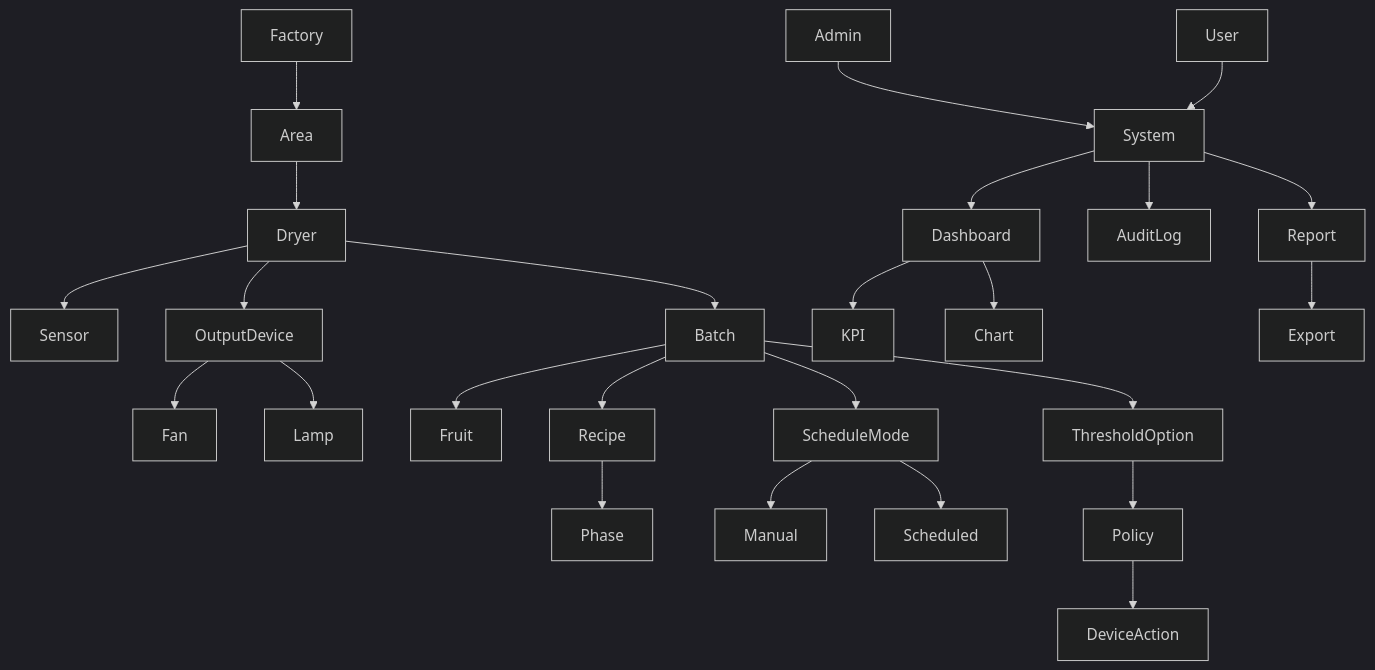
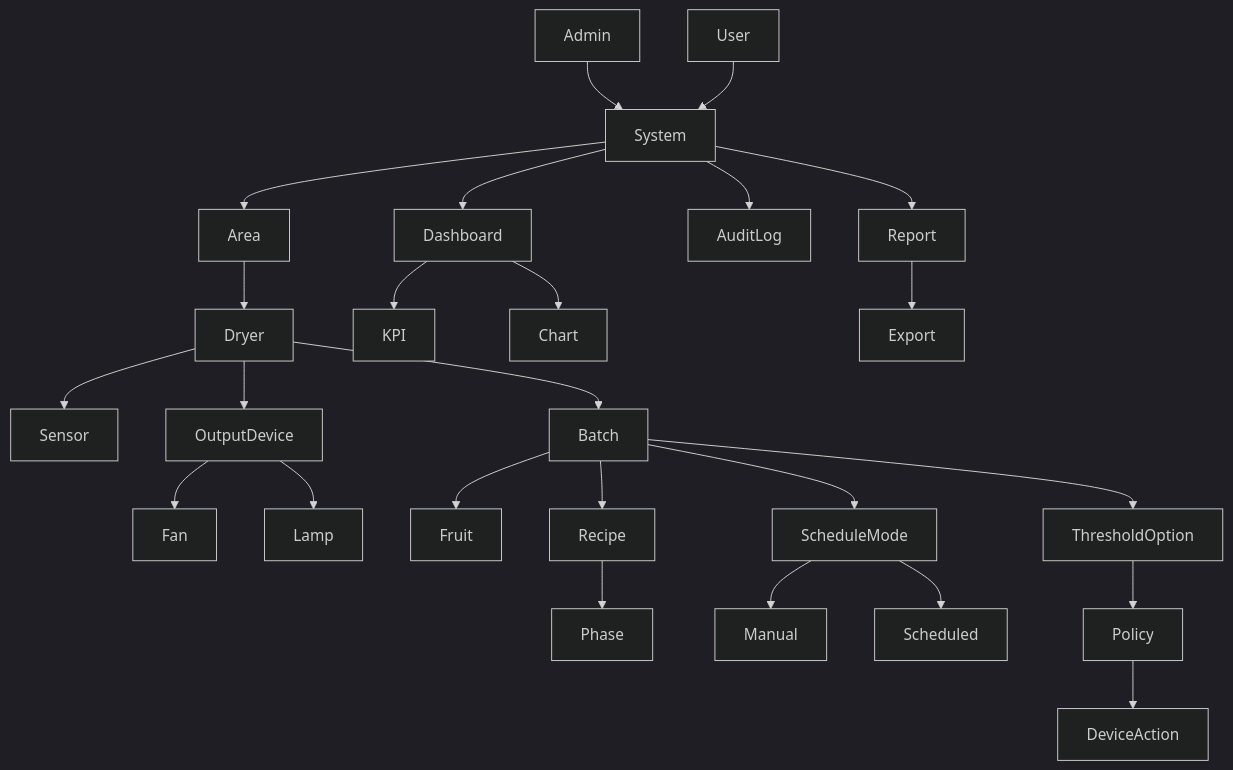
Before and after one commit to hieunpc/dryer_factory_BE: the diagram in Describe.md, drawn with Mermaid (dark theme). The commit also changed other lines of this file and 19 other files, not shown here.

````diff
--- a/Describe.md
+++ b/Describe.md
@@ -188,33 +188,33 @@
 ```mermaid
 flowchart TD
   Admin --> System
   User --> System
 
   System --> Dashboard
   System --> Report
   System --> AuditLog
 
-  Factory --> Area
+  System --> Area
   Area --> Dryer
   Dryer --> Sensor
   Dryer --> OutputDevice
   OutputDevice --> Fan
   OutputDevice --> Lamp
 
   Dryer --> Batch
   Batch --> Fruit
   Batch --> Recipe
   Recipe --> Phase
 
   Batch --> ScheduleMode
   ScheduleMode --> Manual
   ScheduleMode --> Scheduled
 
   Batch --> ThresholdOption
   ThresholdOption --> Policy
   Policy --> DeviceAction
 
   Dashboard --> KPI
   Dashboard --> Chart
   Report --> Export
 ```
````
